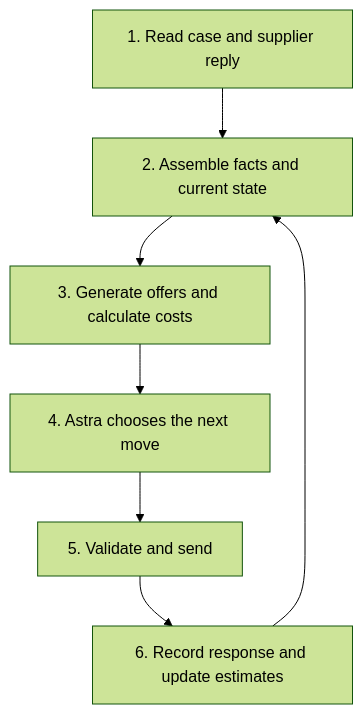
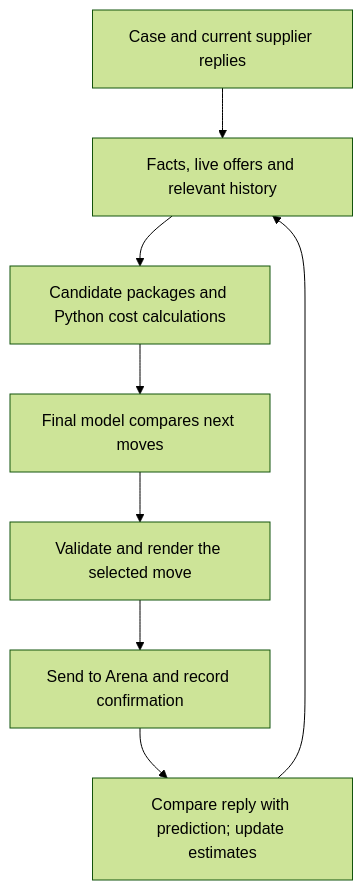
The diagram in docs/CURRENT_ARCHITECTURE.md (european-hackathon-league/submission-3f76c079-ac34-492c-ae1d-eada3ff92c55-1413167341), drawn with Mermaid (forest theme) before and after one commit. The commit also changed other lines of this file and 24 other files, not shown here.

````diff
--- a/docs/CURRENT_ARCHITECTURE.md
+++ b/docs/CURRENT_ARCHITECTURE.md
@@ -33,9 +33,10 @@
 ```mermaid
 flowchart TD
-    A[1. Read case and supplier reply] --> B[2. Assemble facts and current state]
-    B --> C[3. Generate offers and calculate costs]
-    C --> D[4. Astra chooses the next move]
-    D --> E[5. Validate and send]
-    E --> F[6. Record response and update estimates]
-    F --> B
+    A[Case and current supplier replies] --> B[Facts, live offers and relevant history]
+    B --> C[Candidate packages and Python cost calculations]
+    C --> D[Final model compares next moves]
+    D --> E[Validate and render the selected move]
+    E --> F[Send to Arena and record confirmation]
+    F --> G[Compare reply with prediction; update estimates]
+    G --> B
 ```
````
